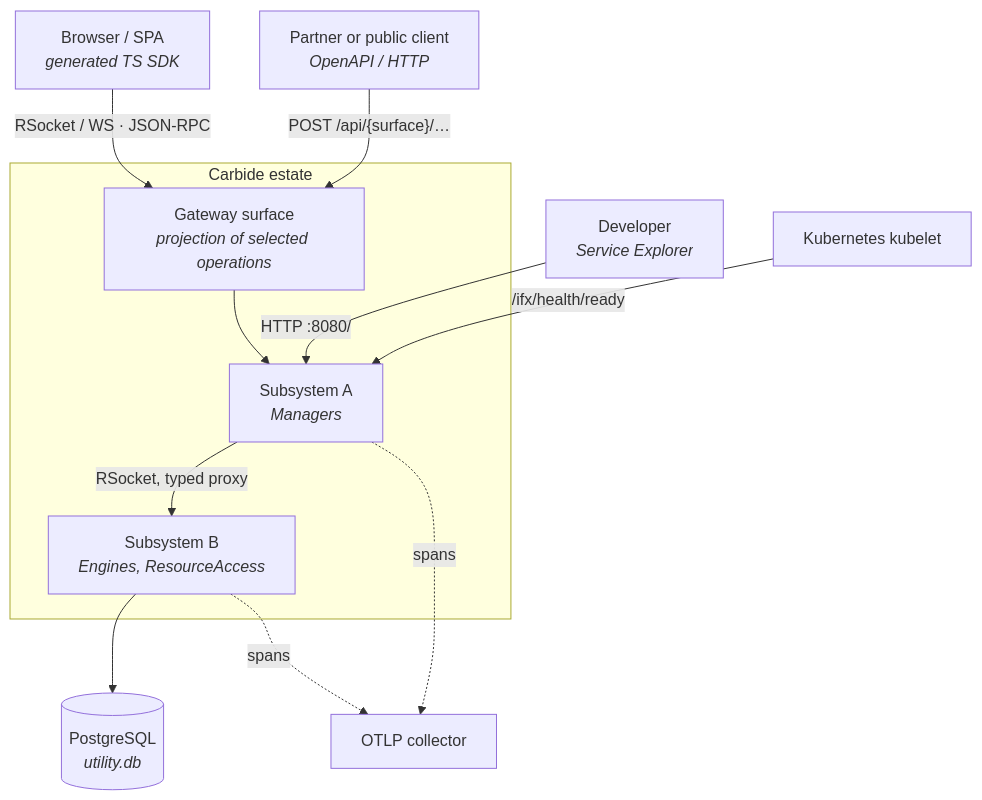
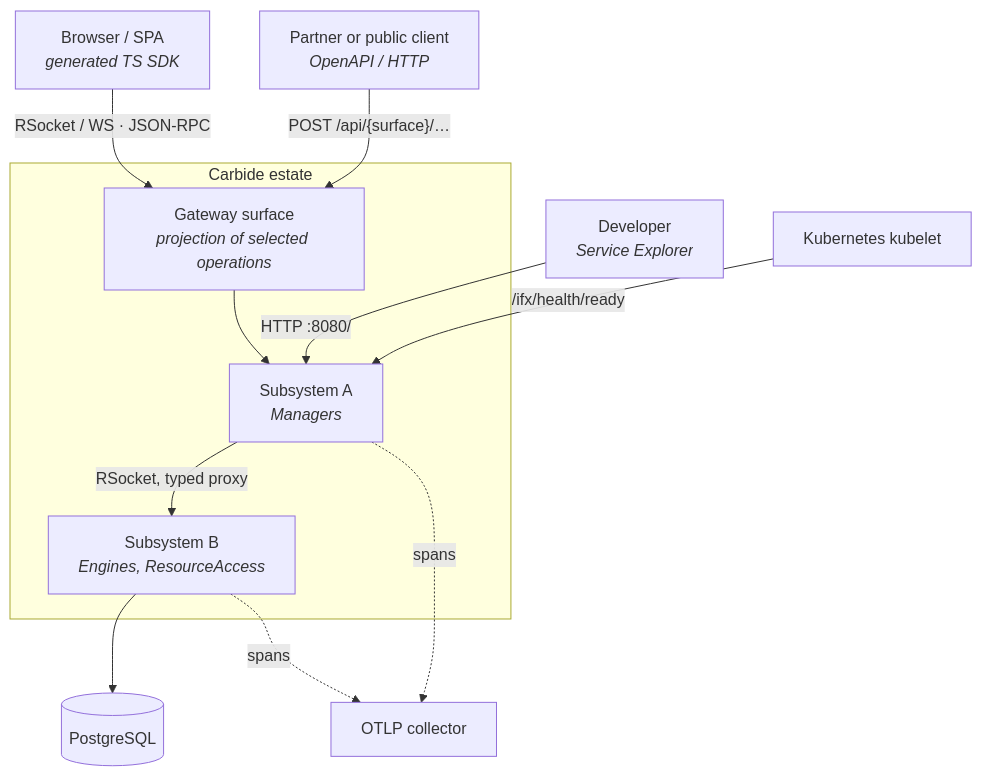
One commit to carbide-ifx/carbide changed the first of 10 diagrams in docs/diagrams.md. Above: the diagram before and after it, drawn with Mermaid. The commit also changed 7 other files, not shown here.

````diff
--- a/docs/diagrams.md
+++ b/docs/diagrams.md
@@ -21,26 +21,26 @@
 ```mermaid
 flowchart TB
     browser["Browser / SPA<br/><i>generated TS SDK</i>"]
     partner["Partner or public client<br/><i>OpenAPI / HTTP</i>"]
     dev["Developer<br/><i>Service Explorer</i>"]
     k8s["Kubernetes kubelet"]
     otel["OTLP collector"]
 
     subgraph estate["Carbide estate"]
         gw["Gateway surface<br/><i>projection of selected operations</i>"]
         s1["Subsystem A<br/><i>Managers</i>"]
         s2["Subsystem B<br/><i>Engines, ResourceAccess</i>"]
     end
 
-    db[("PostgreSQL<br/><i>utility.db</i>")]
+    db[("PostgreSQL")]
 
     browser -->|"RSocket / WS · JSON-RPC"| gw
     partner -->|"POST /api/{surface}/…"| gw
     dev -->|"HTTP :8080/"| s1
     k8s -->|"/ifx/health/ready"| s1
     gw --> s1
     s1 -->|"RSocket, typed proxy"| s2
     s2 --> db
     s1 -.->|"spans"| otel
     s2 -.->|"spans"| otel
 ```
````
